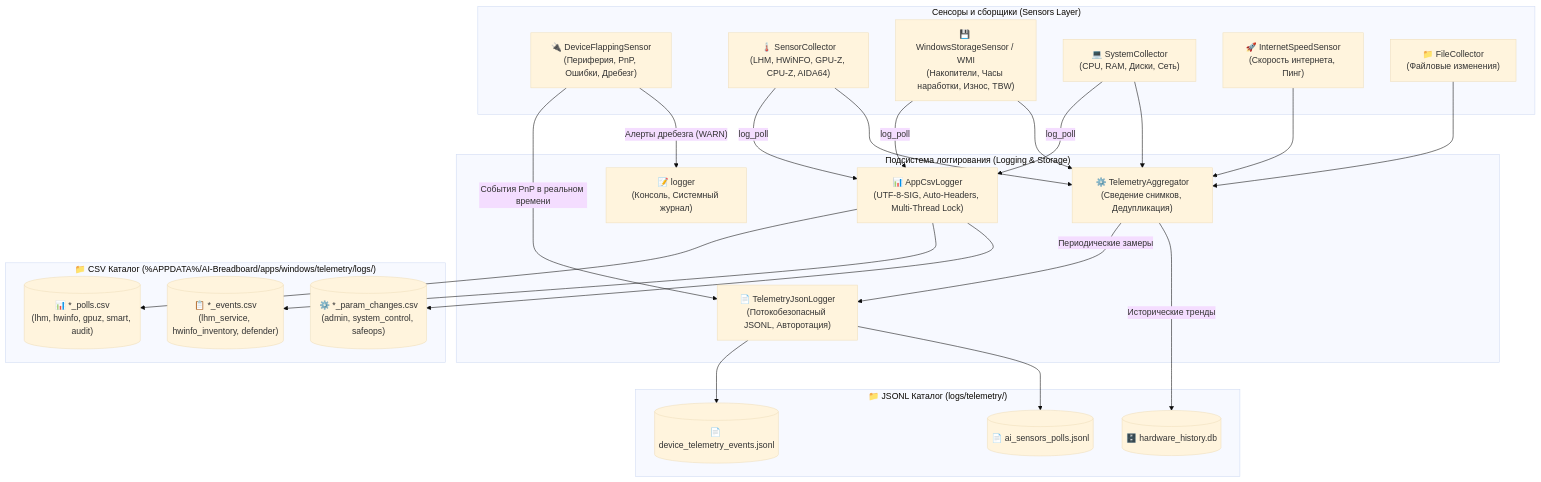
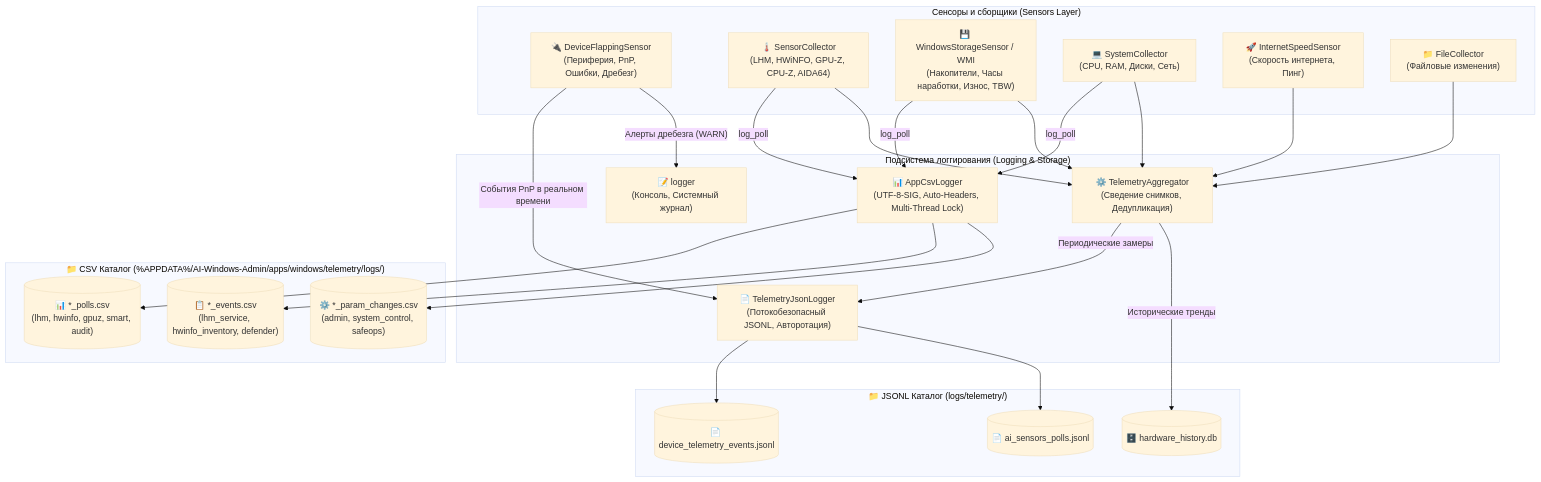
One commit to hypo69/AI-TC changed the diagram in docs/ru/ai-sensors/README.md. Above: the diagram before and after it, drawn with Mermaid (base theme). The commit also changed other lines of this file and 1672 other files, not shown here.

````diff
--- a/docs/ru/ai-sensors/README.md
+++ b/docs/ru/ai-sensors/README.md
@@ -24,53 +24,53 @@
 ```mermaid
 flowchart TD
     subgraph Сенсоры["Сенсоры и сборщики (Sensors Layer)"]
         DFS["🔌 DeviceFlappingSensor<br/>(Периферия, PnP, Ошибки, Дребезг)"]
         SC["🌡️ SensorCollector<br/>(LHM, HWiNFO, GPU-Z, CPU-Z, AIDA64)"]
         SMART["💾 WindowsStorageSensor / WMI<br/>(Накопители, Часы наработки, Износ, TBW)"]
         SysC["💻 SystemCollector<br/>(CPU, RAM, Диски, Сеть)"]
         NetS["🚀 InternetSpeedSensor<br/>(Скорость интернета, Пинг)"]
         FC["📁 FileCollector<br/>(Файловые изменения)"]
     end
 
     subgraph Логгирование["Подсистема логгирования (Logging & Storage)"]
         CSVLog["📊 AppCsvLogger<br/>(UTF-8-SIG, Auto-Headers, Multi-Thread Lock)"]
         Agg["⚙️ TelemetryAggregator<br/>(Сведение снимков, Дедупликация)"]
         JsonLog["📄 TelemetryJsonLogger<br/>(Потокобезопасный JSONL, Авторотация)"]
         SysLog["📝 logger<br/>(Консоль, Системный журнал)"]
     end
 
-    subgraph ХранилищеCSV["📁 CSV Каталог (%APPDATA%/AI-Breadboard/apps/windows/telemetry/logs/)"]
+    subgraph ХранилищеCSV["📁 CSV Каталог (%APPDATA%/AI-Windows-Admin/apps/windows/telemetry/logs/)"]
         CsvPolls[("📊 *_polls.csv<br/>(lhm, hwinfo, gpuz, smart, audit)")]
         CsvEvents[("📋 *_events.csv<br/>(lhm_service, hwinfo_inventory, defender)")]
         CsvParams[("⚙️ *_param_changes.csv<br/>(admin, system_control, safeops)")]
     end
 
     subgraph ХранилищеJSON["📁 JSONL Каталог (logs/telemetry/)"]
         DevEvents[("📄 device_telemetry_events.jsonl")]
         SensPolls[("📄 ai_sensors_polls.jsonl")]
         HistoryDb[("🗄️ hardware_history.db")]
     end
 
     %% CSV записи
     SC -->|"log_poll"| CSVLog
     SMART -->|"log_poll"| CSVLog
     SysC -->|"log_poll"| CSVLog
     CSVLog --> CsvPolls
     CSVLog --> CsvEvents
     CSVLog --> CsvParams
 
     %% JSONL записи
     DFS -->|"События PnP в реальном времени"| JsonLog
     DFS -->|"Алерты дребезга (WARN)"| SysLog
     JsonLog --> DevEvents
 
     SC --> Agg
     SMART --> Agg
     SysC --> Agg
     NetS --> Agg
     FC --> Agg
 
     Agg -->|"Периодические замеры"| JsonLog
     JsonLog --> SensPolls
     Agg -->|"Исторические тренды"| HistoryDb
 ```
````
